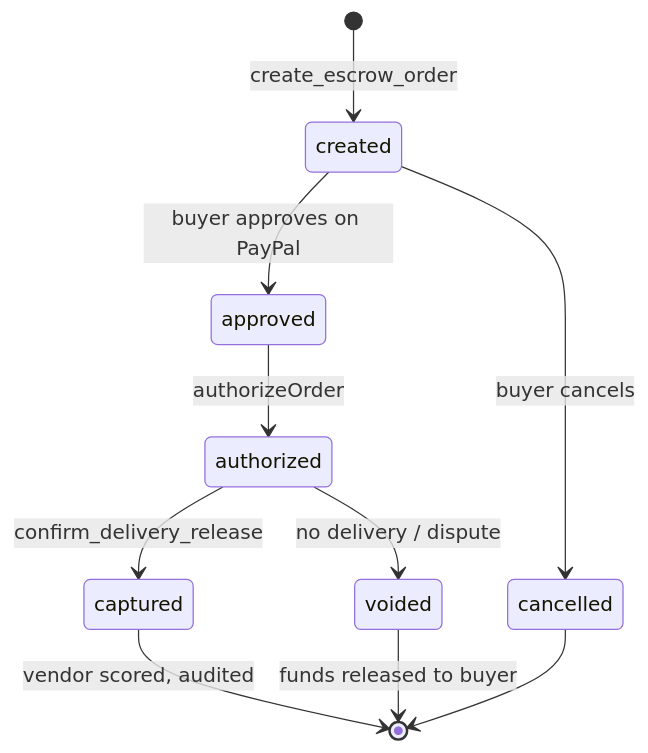
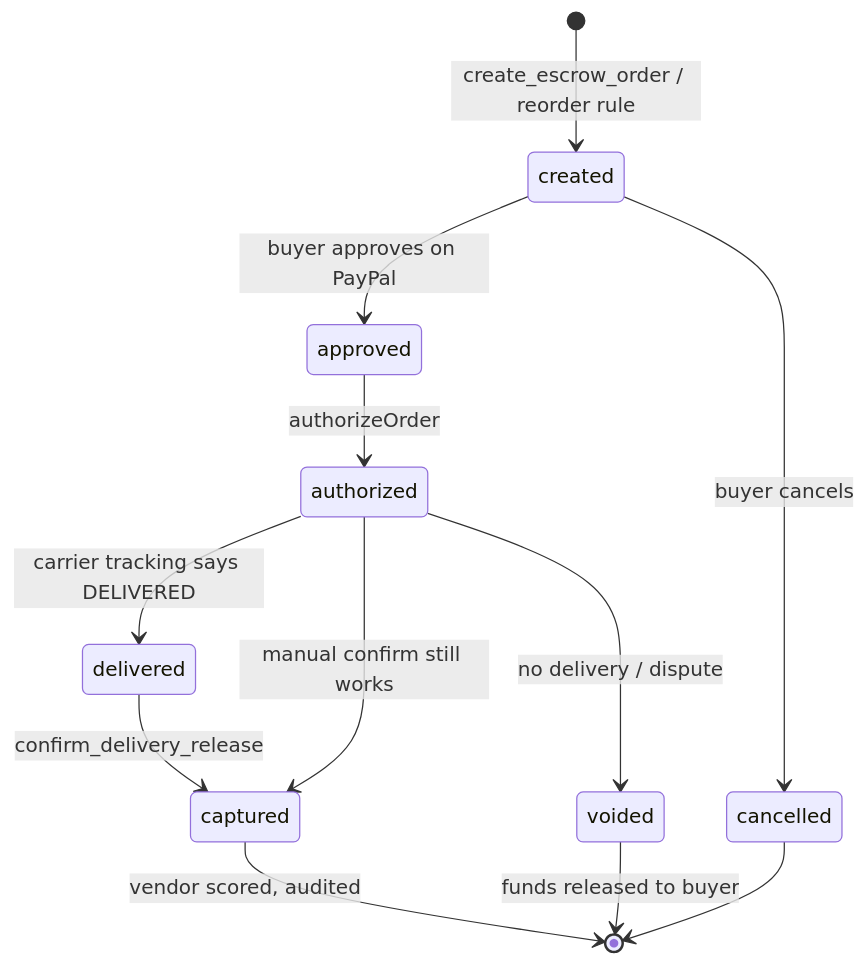
The second of 3 diagrams in README.md (HCHAPS404/PARLEY), drawn with Mermaid before and after one commit. The commit also changed other lines of this file, not shown here.

Commit message:
docs: README reflects shipped differentiators — real A2A merchant, shipment-aware escrow, invoices, reorders, spaces

````diff
--- a/README.md
+++ b/README.md
@@ -89,12 +92,14 @@
 ```mermaid
 stateDiagram-v2
-    [*] --> created: create_escrow_order
+    [*] --> created: create_escrow_order / reorder rule
     created --> approved: buyer approves on PayPal
     created --> cancelled: buyer cancels
     approved --> authorized: authorizeOrder
-    authorized --> captured: confirm_delivery_release
+    authorized --> delivered: carrier tracking says DELIVERED
+    delivered --> captured: confirm_delivery_release
+    authorized --> captured: manual confirm still works
     authorized --> voided: no delivery / dispute
     captured --> [*]: vendor scored, audited
     voided --> [*]: funds released to buyer
     cancelled --> [*]
 ```
````
